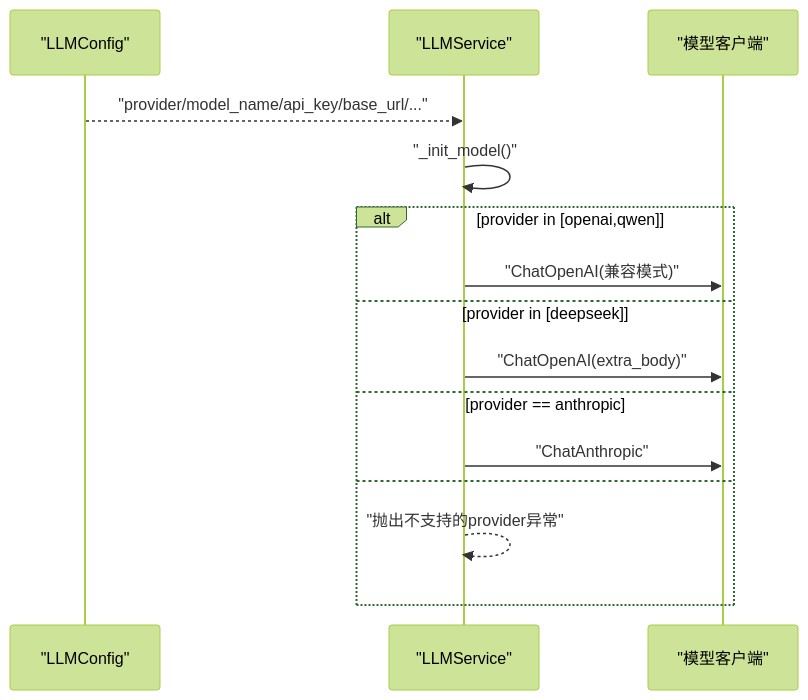
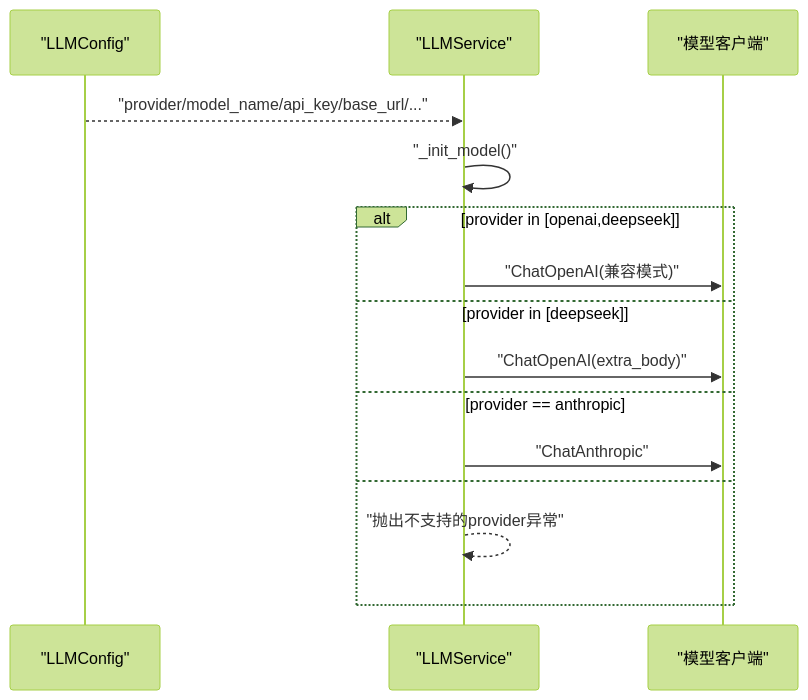
One commit to WangYiKai1017/zizuan changed the fourth of 5 diagrams in .qoder/repowiki/zh/content/配置和部署/环境配置管理.md. Above: the diagram before and after it, drawn with Mermaid (forest theme). The commit also changed other lines of this file and 51 other files, not shown here.

````diff
--- a/.qoder/repowiki/zh/content/配置和部署/环境配置管理.md
+++ b/.qoder/repowiki/zh/content/配置和部署/环境配置管理.md
@@ -170,17 +170,17 @@
 ```mermaid
 sequenceDiagram
 participant Cfg as "LLMConfig"
 participant Svc as "LLMService"
 participant Model as "模型客户端"
 Cfg-->>Svc : "provider/model_name/api_key/base_url/..."
 Svc->>Svc : "_init_model()"
-alt provider in [openai,qwen]
+alt provider in [openai,deepseek]
 Svc->>Model : "ChatOpenAI(兼容模式)"
 else provider in [deepseek]
 Svc->>Model : "ChatOpenAI(extra_body)"
 else provider == anthropic
 Svc->>Model : "ChatAnthropic"
 else
 Svc-->>Svc : "抛出不支持的provider异常"
 end
 ```
````
